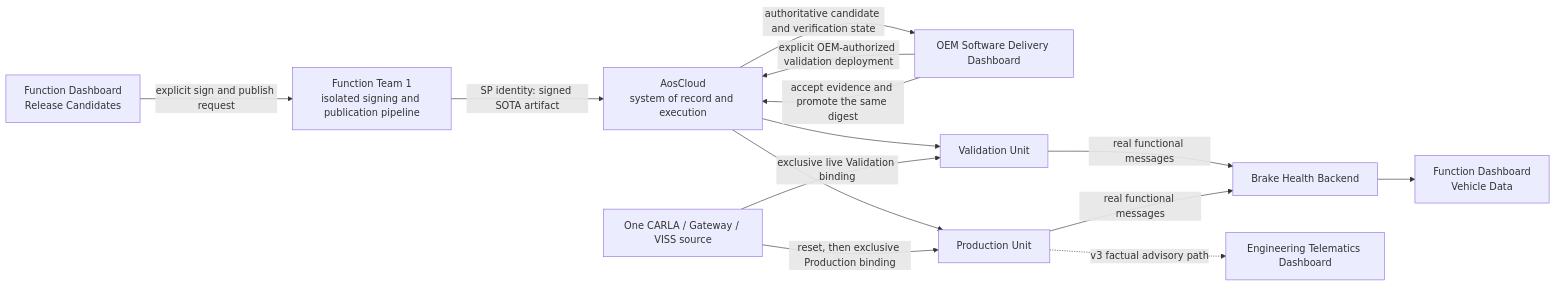
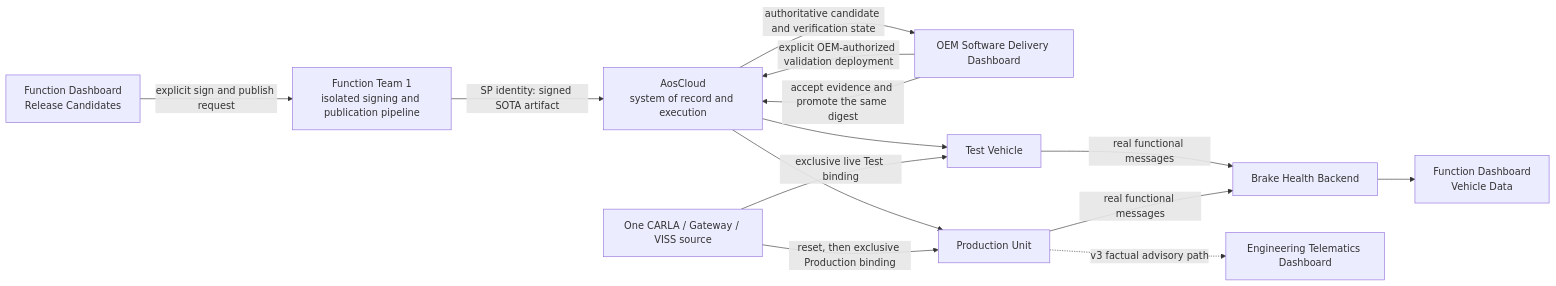
Before and after one commit to alexmaninblack/aosedge-sdv-demo: the second of 2 diagrams in docs/requirements/components/brake-health-cloud.md, drawn with Mermaid. The commit also changed other lines of this file and 25 other files, not shown here.

````diff
--- a/docs/requirements/components/brake-health-cloud.md
+++ b/docs/requirements/components/brake-health-cloud.md
@@ -150,27 +152,27 @@
 ```mermaid
 flowchart LR
     RC["Function Dashboard<br/>Release Candidates"]
     PIPE["Function Team 1<br/>isolated signing and publication pipeline"]
     CLOUD["AosCloud<br/>system of record and execution"]
     OEM["OEM Software Delivery Dashboard"]
-    VU["Validation Unit"]
+    VU["Test Vehicle"]
     PU["Production Unit"]
     CARLA["One CARLA / Gateway / VISS source"]
     BE["Brake Health Backend"]
     VD["Function Dashboard<br/>Vehicle Data"]
     ENG["Engineering Telematics Dashboard"]
 
     RC -->|"explicit sign and publish request"| PIPE
     PIPE -->|"SP identity: signed SOTA artifact"| CLOUD
     CLOUD -->|"authoritative candidate and verification state"| OEM
     OEM -->|"explicit OEM-authorized validation deployment"| CLOUD
     CLOUD --> VU
-    CARLA -->|"exclusive live Validation binding"| VU
+    CARLA -->|"exclusive live Test binding"| VU
     VU -->|"real functional messages"| BE
     BE --> VD
     OEM -->|"accept evidence and promote the same digest"| CLOUD
     CLOUD --> PU
     CARLA -->|"reset, then exclusive Production binding"| PU
     PU -->|"real functional messages"| BE
     PU -. "v3 factual advisory path" .-> ENG
 ```
````
